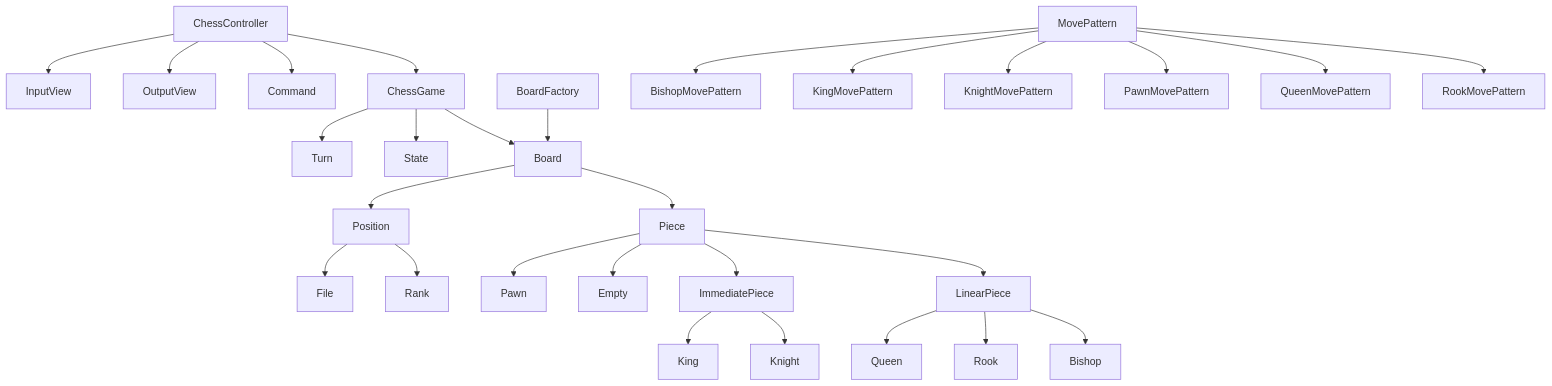
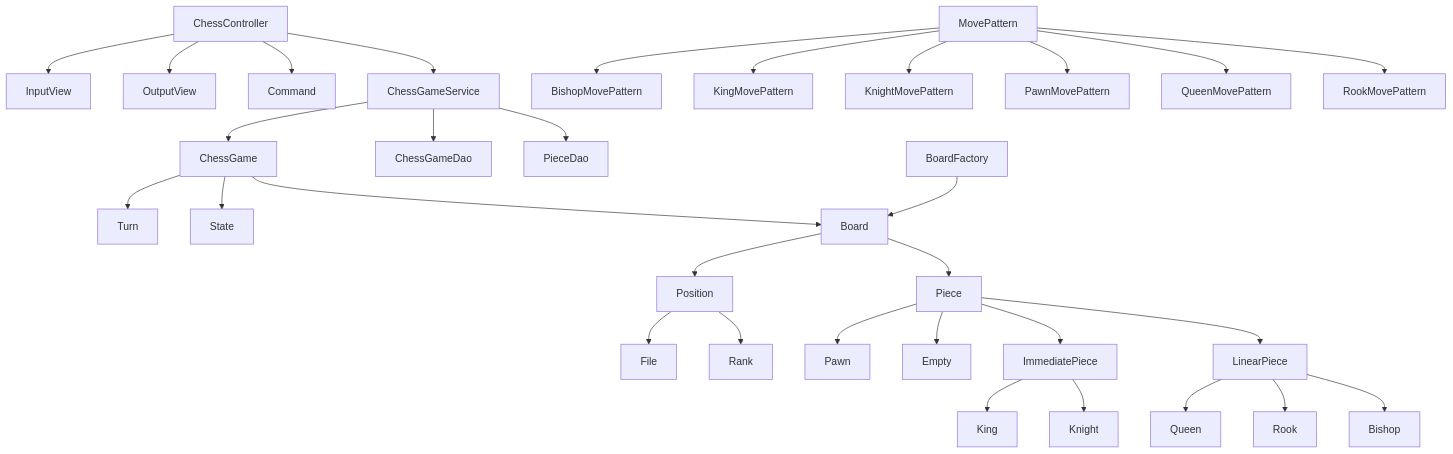
Before and after one commit to woowacourse/java-chess: the diagram in README.md, drawn with Mermaid. The commit also changed other lines of this file and 1 other file, not shown here.

Commit message:
feat: ChessGameService 기능 추가

````diff
--- a/README.md
+++ b/README.md
@@ -11,37 +11,41 @@
 ```mermaid
 graph TD
     ChessController --> InputView
     ChessController --> OutputView
     ChessController --> Command
-    ChessController --> ChessGame
+    ChessController --> ChessGameService
+    
+    ChessGameService --> ChessGame
+    ChessGameService --> ChessGameDao
+    ChessGameService --> PieceDao
 
     ChessGame --> Turn
     ChessGame --> State
     ChessGame --> Board
     
     BoardFactory --> Board
 
     Board --> Piece
     Board --> Position
     
     Position --> File
     Position --> Rank
     
     Piece --> Pawn
     Piece --> Empty
     Piece --> ImmediatePiece
     Piece --> LinearPiece
     ImmediatePiece --> King
     ImmediatePiece --> Knight
     
     LinearPiece --> Queen
     LinearPiece --> Rook
     LinearPiece --> Bishop
     
     MovePattern --> BishopMovePattern
     MovePattern --> KingMovePattern
     MovePattern --> KnightMovePattern
     MovePattern --> PawnMovePattern
     MovePattern --> QueenMovePattern
     MovePattern --> RookMovePattern
 ```
````
